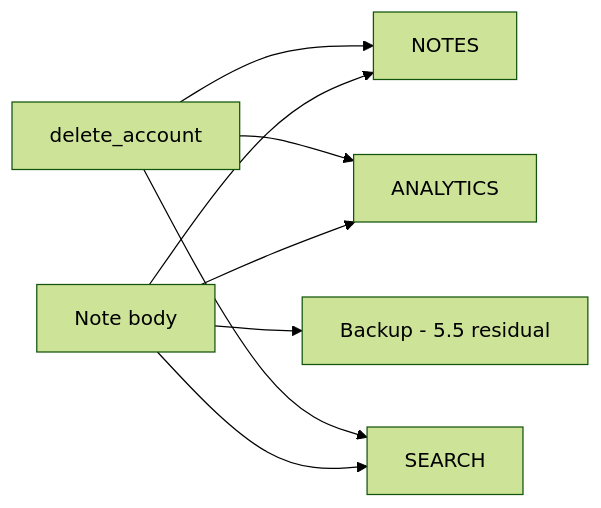
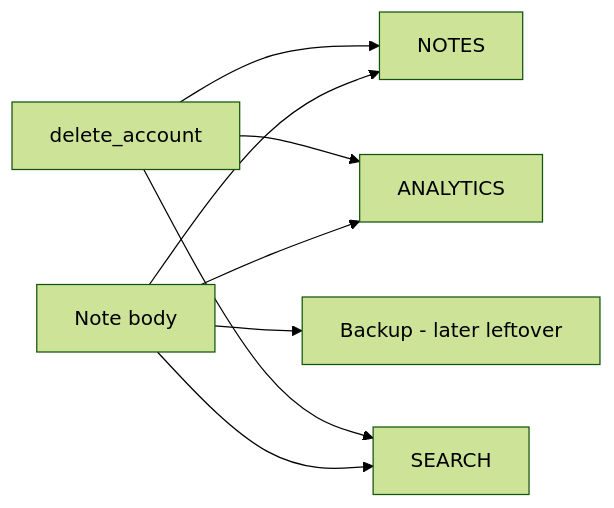
One commit to ishitvagoel/LearnSecurity changed the first of 2 diagrams in content/modules/5/5.1/lessons/02-model.md. Above: the diagram before and after it, drawn with Mermaid (forest theme). The commit also changed other lines of this file and 39 other files, not shown here.

````diff
--- a/content/modules/5/5.1/lessons/02-model.md
+++ b/content/modules/5/5.1/lessons/02-model.md
@@ -15,10 +16,10 @@
 ```mermaid
 flowchart LR
   Body[Note body] --> Notes[NOTES]
   Body --> Analytics[ANALYTICS]
   Body --> Search[SEARCH]
-  Body --> Backup["Backup - 5.5 residual"]
+  Body --> Backup["Backup - later leftover"]
   Delete[delete_account] --> Notes
   Delete --> Analytics
   Delete --> Search
 ```
````
